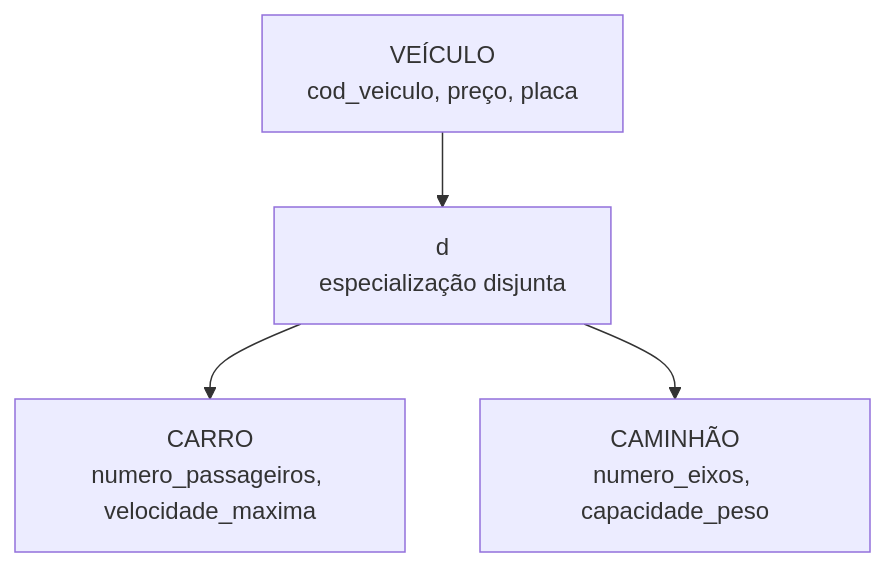
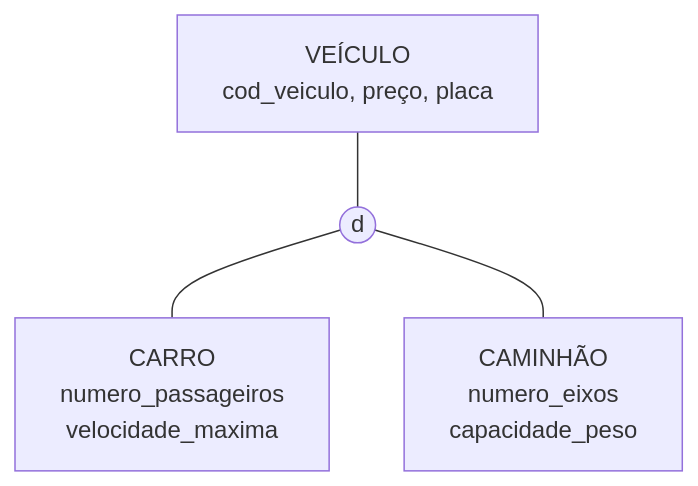
One commit to leorruas/puc changed the fifth of 5 diagrams in 02. Modelagem de Dados/07. Modelo de entidades e relacionamentos estendido.md. Above: the diagram before and after it, drawn with Mermaid. The commit also changed other lines of this file, not shown here.

Commit message:
Refina notação de especialização no MER Estendido

````diff
--- a/02. Modelagem de Dados/07. Modelo de entidades e relacionamentos estendido.md
+++ b/02. Modelagem de Dados/07. Modelo de entidades e relacionamentos estendido.md
@@ -243,11 +243,11 @@
 ```mermaid
 flowchart TD
     Veiculo["VEÍCULO<br>cod_veiculo, preço, placa"]:::core
-    Regra["d<br>especialização disjunta"]:::warning
-    Carro["CARRO<br>numero_passageiros, velocidade_maxima"]:::component
-    Caminhao["CAMINHÃO<br>numero_eixos, capacidade_peso"]:::component
+    Disjuncao(("d")):::warning
+    Carro["CARRO<br>numero_passageiros<br>velocidade_maxima"]:::component
+    Caminhao["CAMINHÃO<br>numero_eixos<br>capacidade_peso"]:::component
 
-    Veiculo --> Regra
-    Regra --> Carro
-    Regra --> Caminhao
+    Veiculo --- Disjuncao
+    Disjuncao --- Carro
+    Disjuncao --- Caminhao
 ```
````
